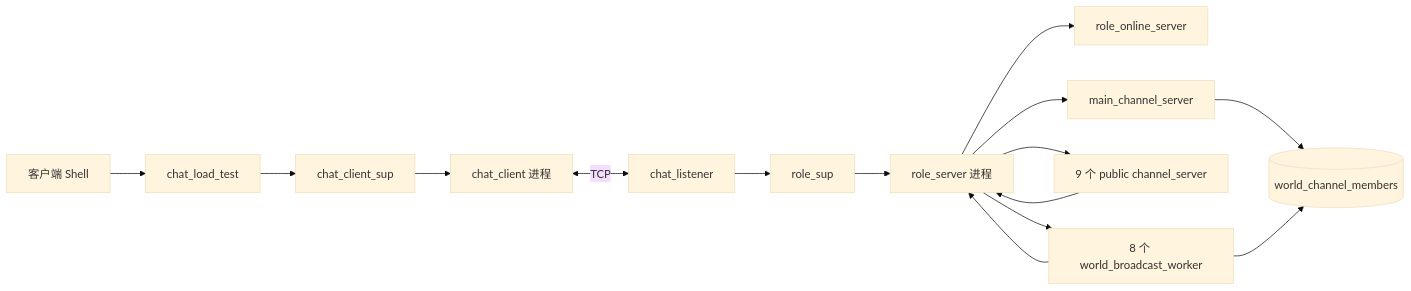
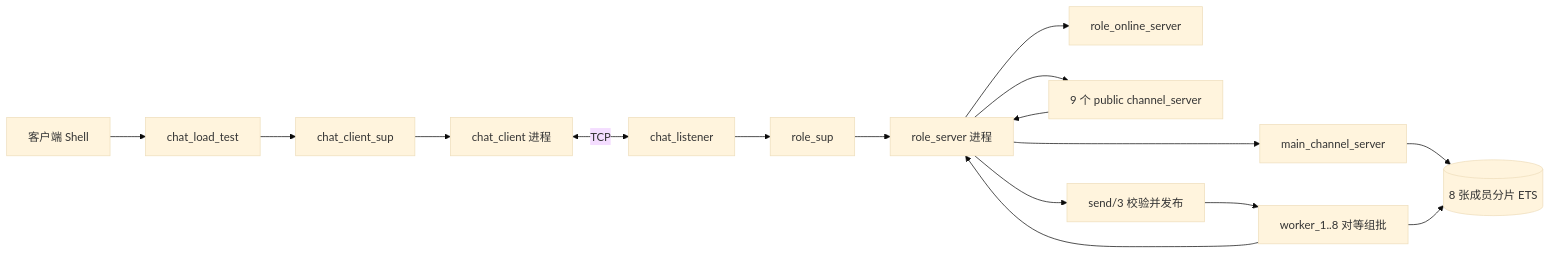
Before and after one commit to chrison18/erlang-game-chat-server: the first of 6 diagrams in docs/Chat V1.2 设计文档.md, drawn with Mermaid (base theme). The commit also changed other lines of this file and 6 other files, not shown here.

````diff
--- a/docs/Chat V1.2 设计文档.md
+++ b/docs/Chat V1.2 设计文档.md
@@ -21,19 +21,20 @@
 ```mermaid
 flowchart LR
     Shell[客户端 Shell] --> LoadTest[chat_load_test]
     LoadTest --> ClientSup[chat_client_sup]
     ClientSup --> Clients[chat_client 进程]
     Clients <-->|TCP| Listener[chat_listener]
     Listener --> RoleSup[role_sup]
     RoleSup --> Roles[role_server 进程]
 
     Roles --> Online[role_online_server]
     Roles --> Main[main_channel_server]
     Roles --> Public[9 个 public channel_server]
-    Roles --> Workers[8 个 world_broadcast_worker]
+    Roles --> Publish[send/3 校验并发布]
 
-    Main --> WorldETS[(world_channel_members)]
+    Main --> WorldETS[(8 张成员分片 ETS)]
+    Publish --> Workers[worker_1..8 对等组批]
     Workers --> WorldETS
     Workers --> Roles
     Public --> Roles
 ```
````
